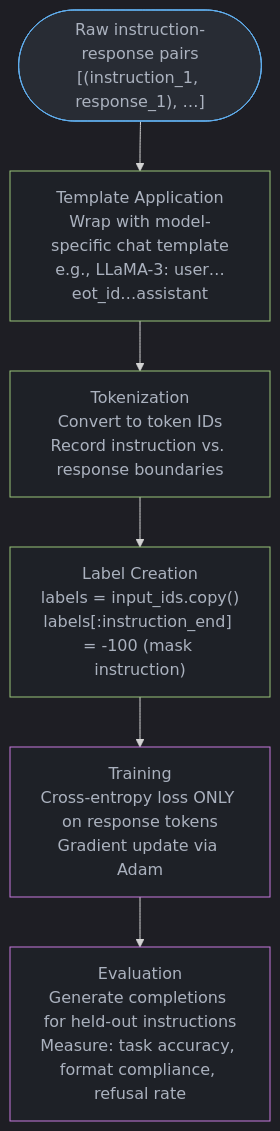
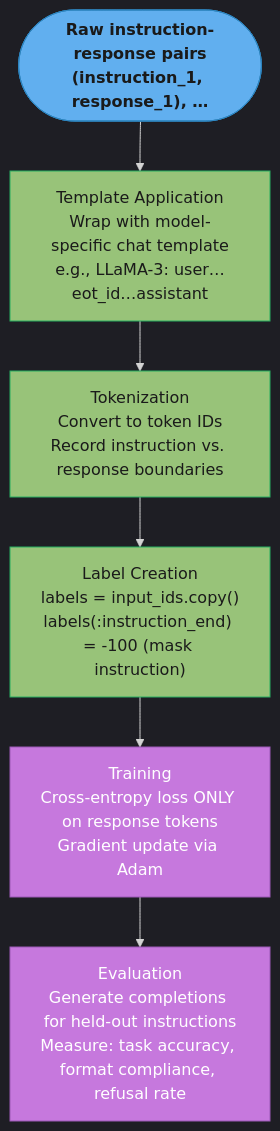
One commit to rppol/system-design changed the diagram in src/main/java/com/rutik/systemdesign/llm/fine_tuning/instruction_tuning.md. Above: the diagram before and after it, drawn with Mermaid. The commit also changed 88 other files, not shown here.

````diff
--- a/src/main/java/com/rutik/systemdesign/llm/fine_tuning/instruction_tuning.md
+++ b/src/main/java/com/rutik/systemdesign/llm/fine_tuning/instruction_tuning.md
@@ -245,18 +245,22 @@
 ```mermaid
 %%{init: {'flowchart': {'curve': 'basis'}, 'theme': 'dark'}}%%
 flowchart TD
-    Raw(["Raw instruction-response pairs\n[(instruction_1, response_1), …]"]) --> Template
+    classDef io      fill:#61afef,stroke:#2e86c1,color:#1a1a1a,font-weight:bold
+    classDef frozen  fill:#c678dd,stroke:#9b59b6,color:#fff
+    classDef train   fill:#98c379,stroke:#27ae60,color:#1a1a1a
+    classDef mathOp  fill:#d19a66,stroke:#e67e22,color:#1a1a1a,font-weight:bold
+    classDef lossN   fill:#e06c75,stroke:#c0392b,color:#fff,font-weight:bold
+    classDef req     fill:#56b6c2,stroke:#0097a7,color:#1a1a1a
+    classDef base    fill:#e5c07b,stroke:#f39c12,color:#1a1a1a
+
+    Raw(["Raw instruction-response pairs\n(instruction_1, response_1), …"]) --> Template
     Template["Template Application\nWrap with model-specific chat template\ne.g., LLaMA-3: user…eot_id…assistant"] --> Tokenize
     Tokenize["Tokenization\nConvert to token IDs\nRecord instruction vs. response boundaries"] --> Labels
-    Labels["Label Creation\nlabels = input_ids.copy()\nlabels[:instruction_end] = -100 (mask instruction)"] --> Train
+    Labels["Label Creation\nlabels = input_ids.copy()\nlabels(:instruction_end) = -100 (mask instruction)"] --> Train
     Train["Training\nCross-entropy loss ONLY on response tokens\nGradient update via Adam"] --> Eval
     Eval["Evaluation\nGenerate completions for held-out instructions\nMeasure: task accuracy, format compliance, refusal rate"]
 
-    classDef io     fill:#282c34,stroke:#61afef,color:#abb2bf
-    classDef proc   fill:#1e2127,stroke:#98c379,color:#abb2bf
-    classDef llm    fill:#1e2127,stroke:#c678dd,color:#abb2bf
-
     class Raw io
-    class Template,Tokenize,Labels proc
-    class Train,Eval llm
+    class Template,Tokenize,Labels train
+    class Train,Eval frozen
 ```
````
